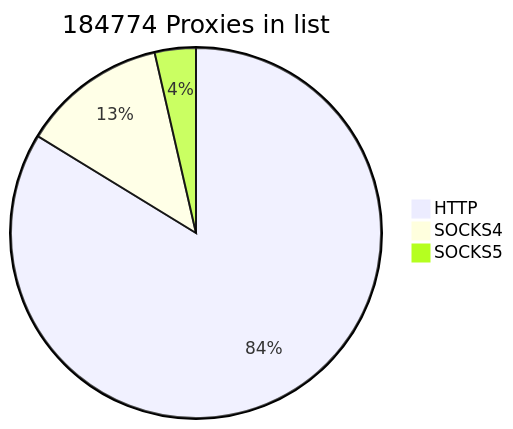
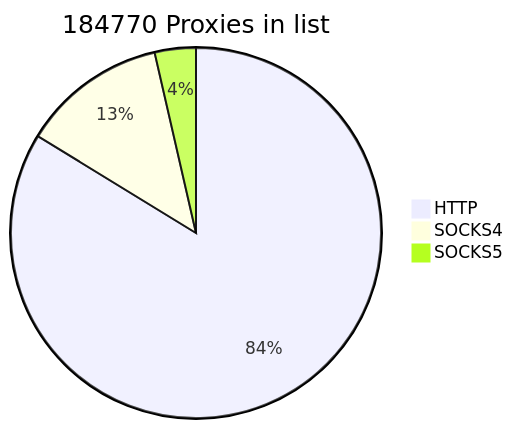
Before and after one commit to cutipu/proxylist: the first of 2 diagrams in README.md, drawn with Mermaid. The commit also changed other lines of this file, not shown here.

````diff
--- a/README.md
+++ b/README.md
@@ -2,7 +2,7 @@
 ```mermaid
-pie title 184774 Proxies in list
+pie title 184770 Proxies in list
     "HTTP" : 154743
     "SOCKS4" : 23398
-    "SOCKS5" : 6633
+    "SOCKS5" : 6629
             
 ```
````
